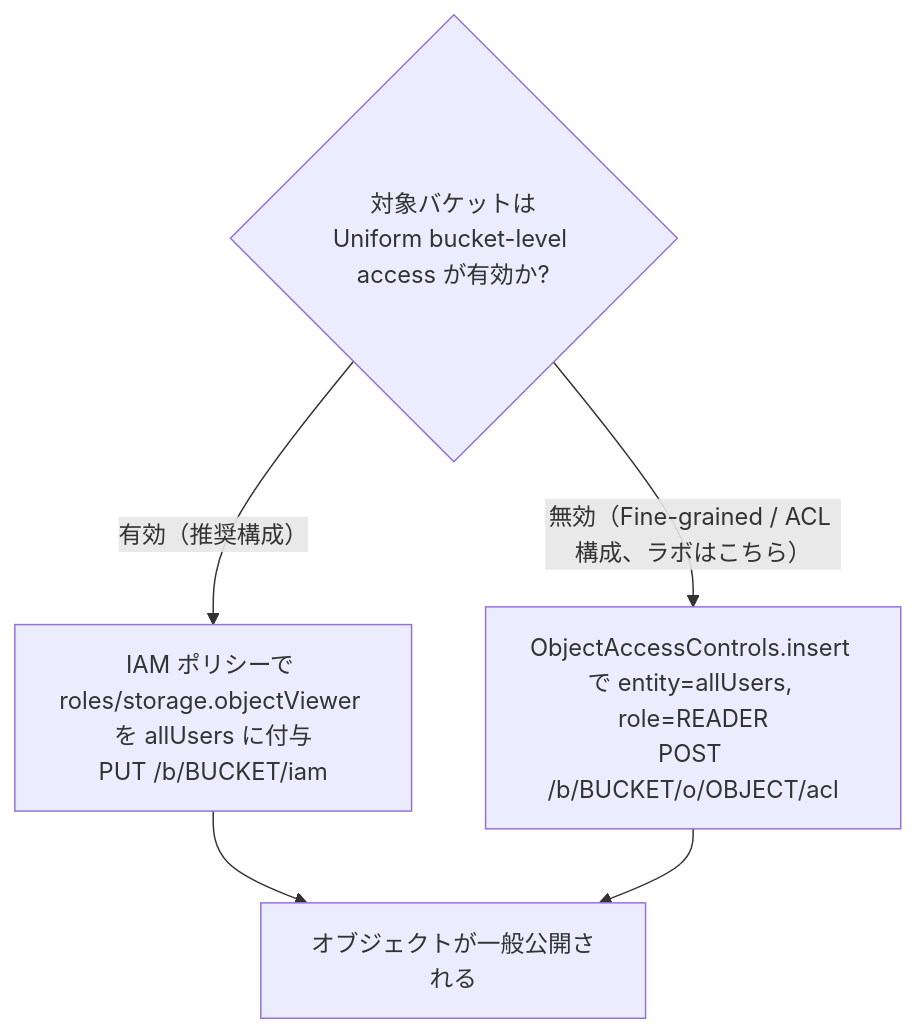
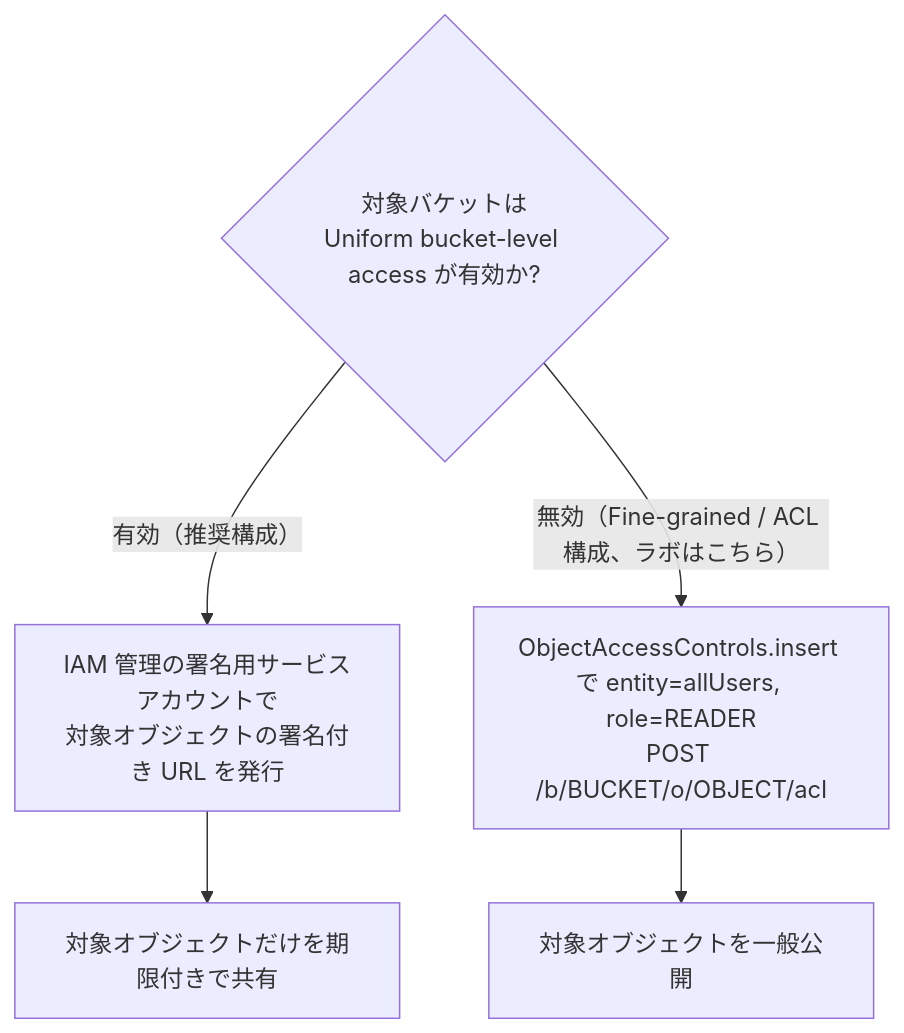
Before and after one commit to myoshi2891/Cloud-Infrastructure-Studies: the fourth of 5 diagrams in Gcs-json-api-challenge-lab-best-practices.md, drawn with Mermaid. The commit also changed other lines of this file and 4 other files, not shown here.

````diff
--- a/Gcs-json-api-challenge-lab-best-practices.md
+++ b/Gcs-json-api-challenge-lab-best-practices.md
@@ -280,8 +265,8 @@
 ```mermaid
 flowchart TD
     Q{"対象バケットは<br/>Uniform bucket-level access が有効か?"}
-    Q -->|"有効（推奨構成）"| I["IAM ポリシーで roles/storage.objectViewer を allUsers に付与<br/>PUT /b/BUCKET/iam"]
+    Q -->|"有効（推奨構成）"| I["IAM 管理の署名用サービスアカウントで<br/>対象オブジェクトの署名付き URL を発行"]
     Q -->|"無効（Fine-grained / ACL 構成、ラボはこちら）"| A["ObjectAccessControls.insert で entity=allUsers, role=READER<br/>POST /b/BUCKET/o/OBJECT/acl"]
-    I --> P["オブジェクトが一般公開される"]
-    A --> P
+    I --> S["対象オブジェクトだけを期限付きで共有"]
+    A --> P["対象オブジェクトを一般公開"]
 ```
````
